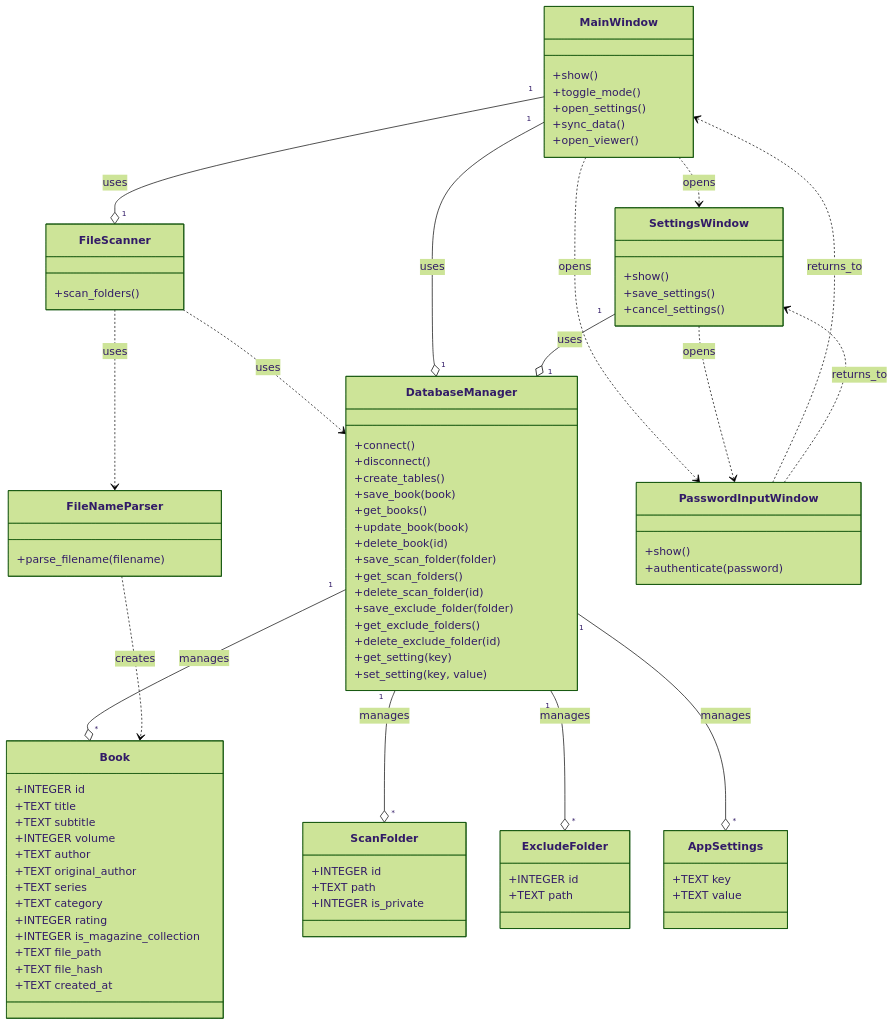
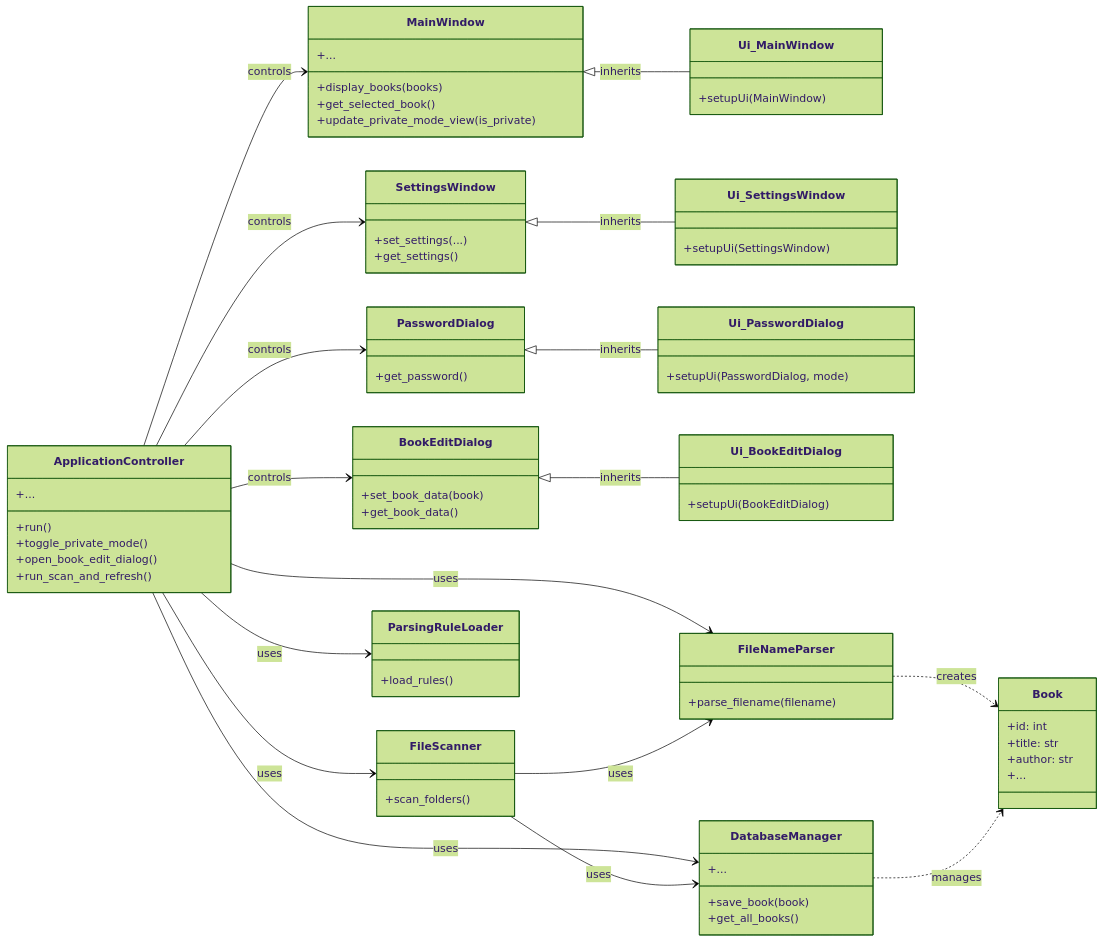
The diagram in spec/design/class_diagram.md (IkuseTohki/Cristalib), drawn with Mermaid (forest theme) before and after one commit. The commit also changed other lines of this file, not shown here.

Commit message:
クラス図を更新

````diff
--- a/spec/design/class_diagram.md
+++ b/spec/design/class_diagram.md
@@ -9,101 +10,95 @@
 ```mermaid
 classDiagram
-    class Book {
-        +INTEGER id
-        +TEXT title
-        +TEXT subtitle
-        +INTEGER volume
-        +TEXT author
-        +TEXT original_author
-        +TEXT series
-        +TEXT category
-        +INTEGER rating
-        +INTEGER is_magazine_collection
-        +TEXT file_path
-        +TEXT file_hash
-        +TEXT created_at
-    }
+    direction LR
 
-    class ScanFolder {
-        +INTEGER id
-        +TEXT path
-        +INTEGER is_private
-    }
+    subgraph Controller
+        class ApplicationController {
+            +run()
+            +toggle_private_mode()
+            +open_book_edit_dialog()
+            +run_scan_and_refresh()
+            +...
+        }
+    end
 
-    class ExcludeFolder {
-        +INTEGER id
-        +TEXT path
-    }
+    subgraph View_Logic
+        class MainWindow {
+            +display_books(books)
+            +get_selected_book()
+            +update_private_mode_view(is_private)
+            +...
+        }
+        class SettingsWindow {
+            +set_settings(...)
+            +get_settings()
+        }
+        class PasswordDialog {
+            +get_password()
+        }
+        class BookEditDialog {
+            +set_book_data(book)
+            +get_book_data()
+        }
+    end
 
-    class AppSettings {
-        +TEXT key
-        +TEXT value
-    }
+    subgraph View_Base
+        class Ui_MainWindow {
+            +setupUi(MainWindow)
+        }
+        class Ui_SettingsWindow {
+            +setupUi(SettingsWindow)
+        }
+        class Ui_PasswordDialog {
+            +setupUi(PasswordDialog, mode)
+        }
+        class Ui_BookEditDialog {
+            +setupUi(BookEditDialog)
+        }
+    end
 
-    class DatabaseManager {
-        +connect()
-        +disconnect()
-        +create_tables()
-        +save_book(book)
-        +get_books()
-        +update_book(book)
-        +delete_book(id)
-        +save_scan_folder(folder)
-        +get_scan_folders()
-        +delete_scan_folder(id)
-        +save_exclude_folder(folder)
-        +get_exclude_folders()
-        +delete_exclude_folder(id)
-        +get_setting(key)
-        +set_setting(key, value)
-    }
+    subgraph Core
+        class DatabaseManager {
+            +save_book(book)
+            +get_all_books()
+            +...
+        }
+        class FileNameParser {
+            +parse_filename(filename)
+        }
+        class FileScanner {
+            +scan_folders()
+        }
+        class ParsingRuleLoader {
+            +load_rules()
+        }
+    end
 
-    class FileNameParser {
-        +parse_filename(filename)
-    }
+    subgraph Models
+        class Book {
+            +id: int
+            +title: str
+            +author: str
+            +...
+        }
+    end
 
-    class FileScanner {
-        +scan_folders()
-    }
+    %% --- Relationships ---
+    ApplicationController --> MainWindow : controls
+    ApplicationController --> SettingsWindow : controls
+    ApplicationController --> PasswordDialog : controls
+    ApplicationController --> BookEditDialog : controls
+    ApplicationController --> FileScanner : uses
+    ApplicationController --> DatabaseManager : uses
+    ApplicationController --> FileNameParser : uses
+    ApplicationController --> ParsingRuleLoader : uses
 
-    class MainWindow {
-        +show()
-        +toggle_mode()
-        +open_settings()
-        +sync_data()
-        +open_viewer()
-    }
+    MainWindow <|-- Ui_MainWindow : inherits
+    SettingsWindow <|-- Ui_SettingsWindow : inherits
+    PasswordDialog <|-- Ui_PasswordDialog : inherits
+    BookEditDialog <|-- Ui_BookEditDialog : inherits
 
-    class SettingsWindow {
-        +show()
-        +save_settings()
-        +cancel_settings()
-    }
-
-    class PasswordInputWindow {
-        +show()
-        +authenticate(password)
-    }
-
-    DatabaseManager "1" --o "*" Book : manages
-    DatabaseManager "1" --o "*" ScanFolder : manages
-    DatabaseManager "1" --o "*" ExcludeFolder : manages
-    DatabaseManager "1" --o "*" AppSettings : manages
-
+    FileScanner --> DatabaseManager : uses
+    FileScanner --> FileNameParser : uses
     FileNameParser ..> Book : creates
-
-    FileScanner ..> DatabaseManager : uses
-    FileScanner ..> FileNameParser : uses
-
-    MainWindow "1" --o "1" DatabaseManager : uses
-    MainWindow "1" --o "1" FileScanner : uses
-    MainWindow ..> SettingsWindow : opens
-    MainWindow ..> PasswordInputWindow : opens
-
-    SettingsWindow "1" --o "1" DatabaseManager : uses
-    SettingsWindow ..> PasswordInputWindow : opens
-
-    PasswordInputWindow ..> MainWindow : returns_to
-    PasswordInputWindow ..> SettingsWindow : returns_to
-
+    DatabaseManager ..> Book : manages
 ```
````
